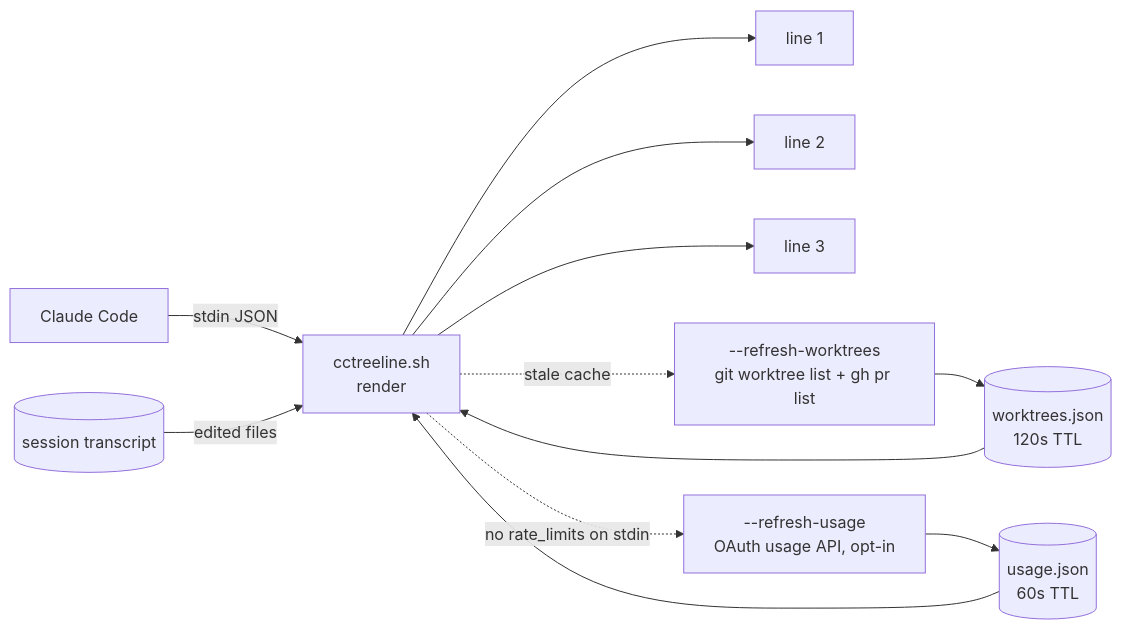
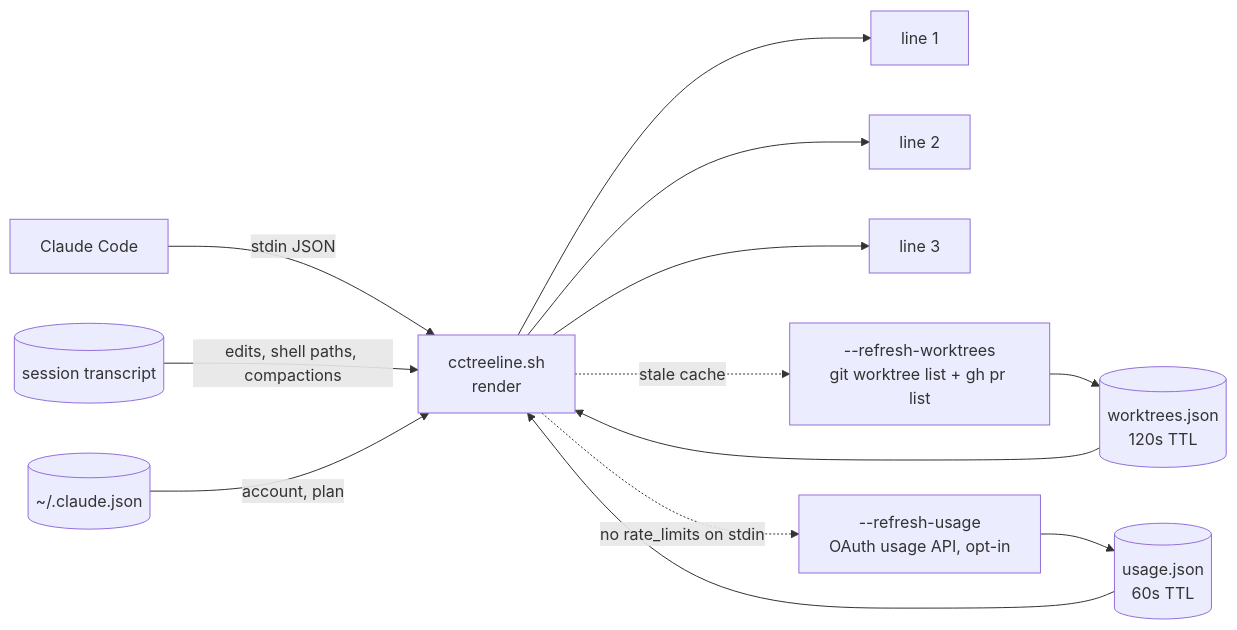
The diagram in README.md (jhlee0409/cctreeline), drawn with Mermaid before and after one commit. The commit also changed other lines of this file and 8 other files, not shown here.

First line of the commit message:
feat: sync with the installed statusline (account, plan+cost, cache, compactions)

````diff
--- a/README.md
+++ b/README.md
@@ -92,12 +100,13 @@
 ```mermaid
 flowchart LR
   CC[Claude Code] -- stdin JSON --> R[cctreeline.sh<br/>render]
   R --> L1[line 1] & L2[line 2] & L3[line 3]
   R -. stale cache .-> W[--refresh-worktrees<br/>git worktree list + gh pr list]
   W --> WC[(worktrees.json<br/>120s TTL)]
   WC --> R
-  T[(session transcript)] -- edited files --> R
+  T[(session transcript)] -- edits, shell paths, compactions --> R
+  A[(~/.claude.json)] -- account, plan --> R
   R -. no rate_limits on stdin .-> U[--refresh-usage<br/>OAuth usage API, opt-in]
   U --> UC[(usage.json<br/>60s TTL)]
   UC --> R
 ```
````
